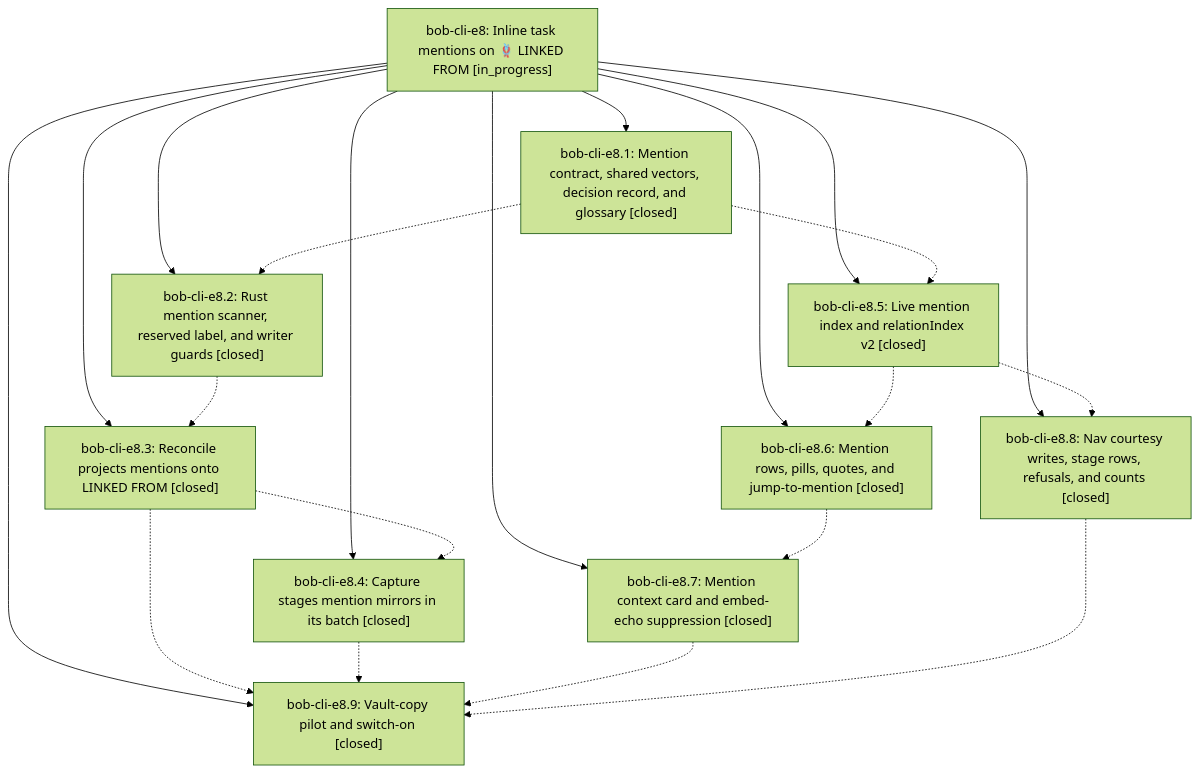
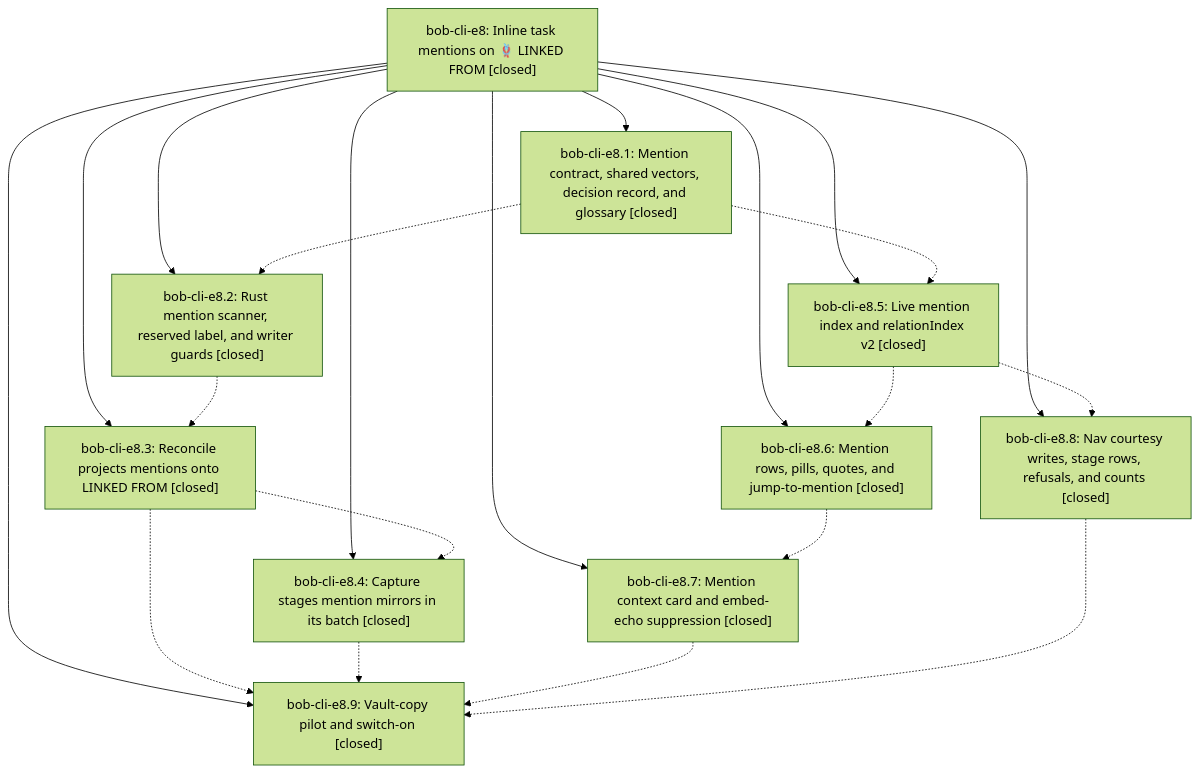
The diagram in pages/bob-cli-e8/README.md (bobs-org/bob-cli--beads), drawn with Mermaid (forest theme) before and after one commit. The commit also changed other lines of this file and 1 other file, not shown here.

First line of the commit message:
chore(beads): sync bead state and pages for bob-cli-e8

````diff
--- a/pages/bob-cli-e8/README.md
+++ b/pages/bob-cli-e8/README.md
@@ -50,33 +63,33 @@
 ```mermaid
 flowchart TD
-    n0["bob-cli-e8: Inline task mentions on 🪢 LINKED FROM [in_progress]"]
+    n0["bob-cli-e8: Inline task mentions on 🪢 LINKED FROM [closed]"]
     n1["bob-cli-e8.1: Mention contract, shared vectors, decision record, and glossary [closed]"]
     n2["bob-cli-e8.2: Rust mention scanner, reserved label, and writer guards [closed]"]
     n3["bob-cli-e8.3: Reconcile projects mentions onto LINKED FROM [closed]"]
     n4["bob-cli-e8.4: Capture stages mention mirrors in its batch [closed]"]
     n5["bob-cli-e8.5: Live mention index and relationIndex v2 [closed]"]
     n6["bob-cli-e8.6: Mention rows, pills, quotes, and jump-to-mention [closed]"]
     n7["bob-cli-e8.7: Mention context card and embed-echo suppression [closed]"]
     n8["bob-cli-e8.8: Nav courtesy writes, stage rows, refusals, and counts [closed]"]
     n9["bob-cli-e8.9: Vault-copy pilot and switch-on [closed]"]
     n0 --> n1
     n0 --> n2
     n0 --> n3
     n0 --> n4
     n0 --> n5
     n0 --> n6
     n0 --> n7
     n0 --> n8
     n0 --> n9
     n1 -.-> n2
     n1 -.-> n5
     n2 -.-> n3
     n3 -.-> n4
     n3 -.-> n9
     n4 -.-> n9
     n5 -.-> n6
     n5 -.-> n8
     n6 -.-> n7
     n7 -.-> n9
     n8 -.-> n9
 ```
````
